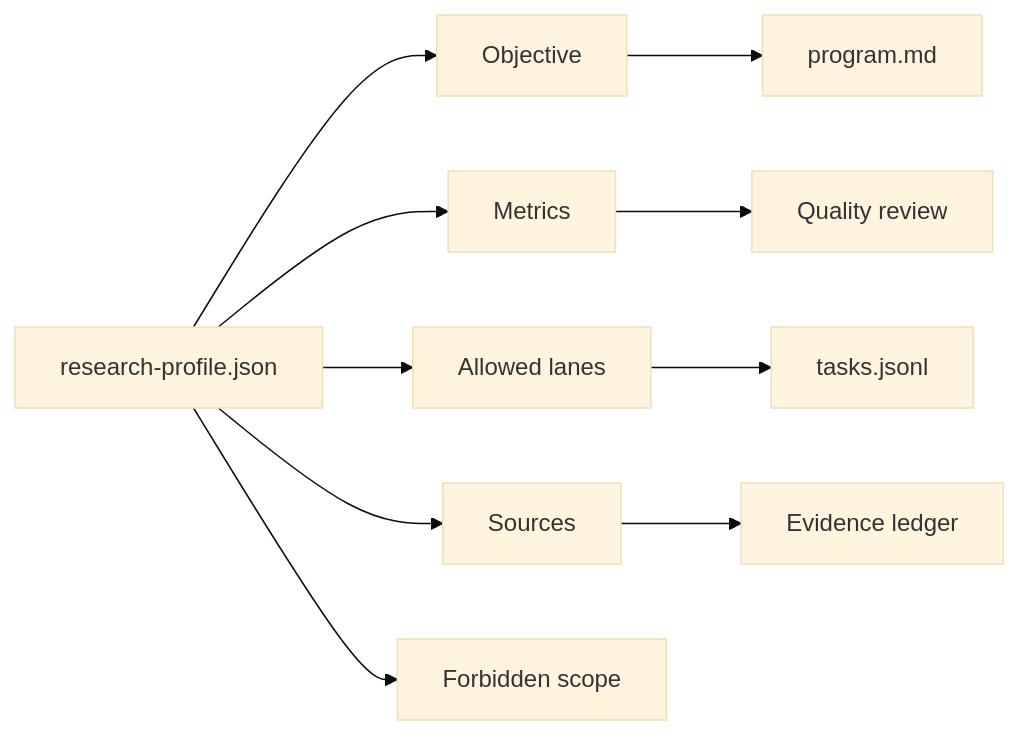
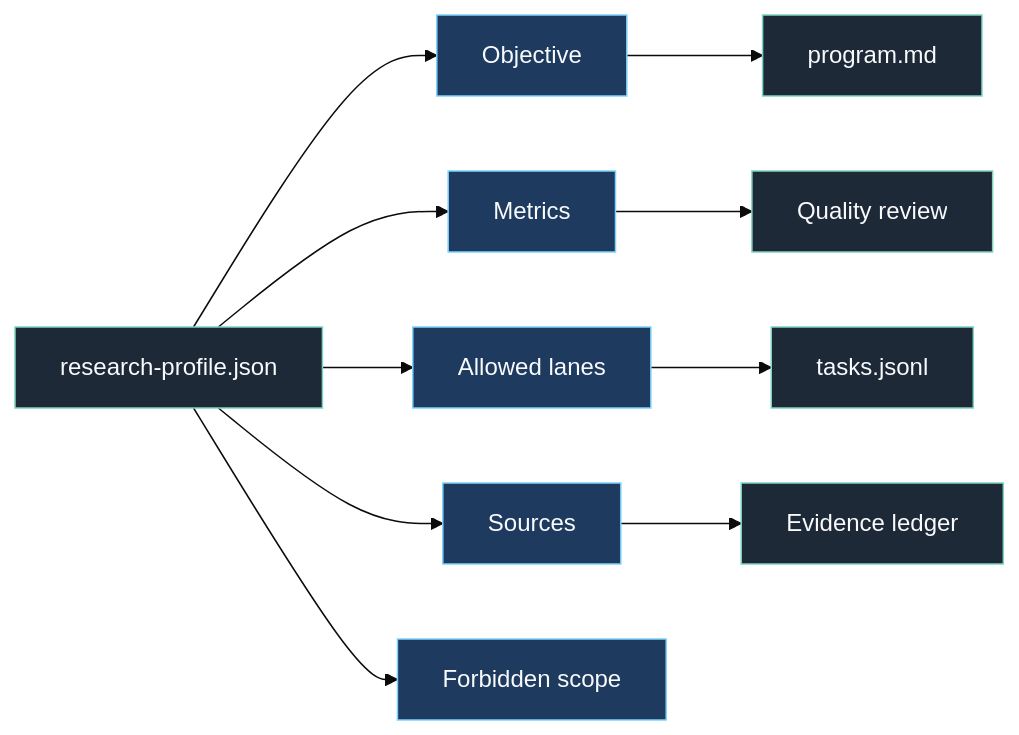
Before and after one commit to Kristianaaron/openclaw-harness-autoresearch: the second of 4 diagrams in README.md, drawn with Mermaid (base theme). The commit also changed other lines of this file and 1 other file, not shown here.

````diff
--- a/README.md
+++ b/README.md
@@ -57,12 +145,15 @@
 ```mermaid
 flowchart LR
-    P["research-profile.json"] --> O["Objective"]
-    P --> M["Metrics"]
-    P --> L["Allowed lanes"]
-    P --> S["Sources"]
-    P --> R["Forbidden scope"]
-    O --> Q["program.md"]
-    M --> V["Quality review"]
-    L --> T["tasks.jsonl"]
-    S --> E["Evidence ledger"]
+    classDef box fill:#1e2937,stroke:#7dd3c0,color:#f8fafc
+    classDef out fill:#1e3a5f,stroke:#7dd3fc,color:#f8fafc
+
+    P["research-profile.json"]:::box --> O["Objective"]:::out
+    P --> M["Metrics"]:::out
+    P --> L["Allowed lanes"]:::out
+    P --> S["Sources"]:::out
+    P --> R["Forbidden scope"]:::out
+    O --> Q["program.md"]:::box
+    M --> V["Quality review"]:::box
+    L --> T["tasks.jsonl"]:::box
+    S --> E["Evidence ledger"]:::box
 ```
````
